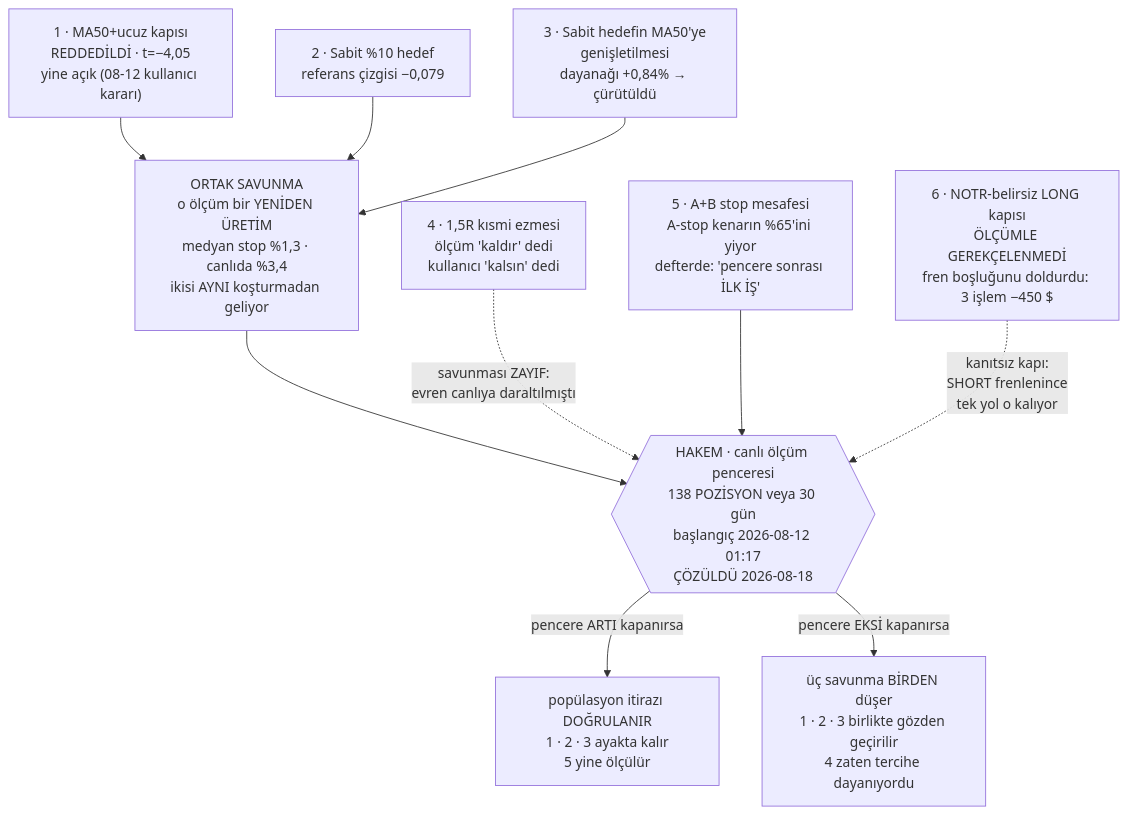
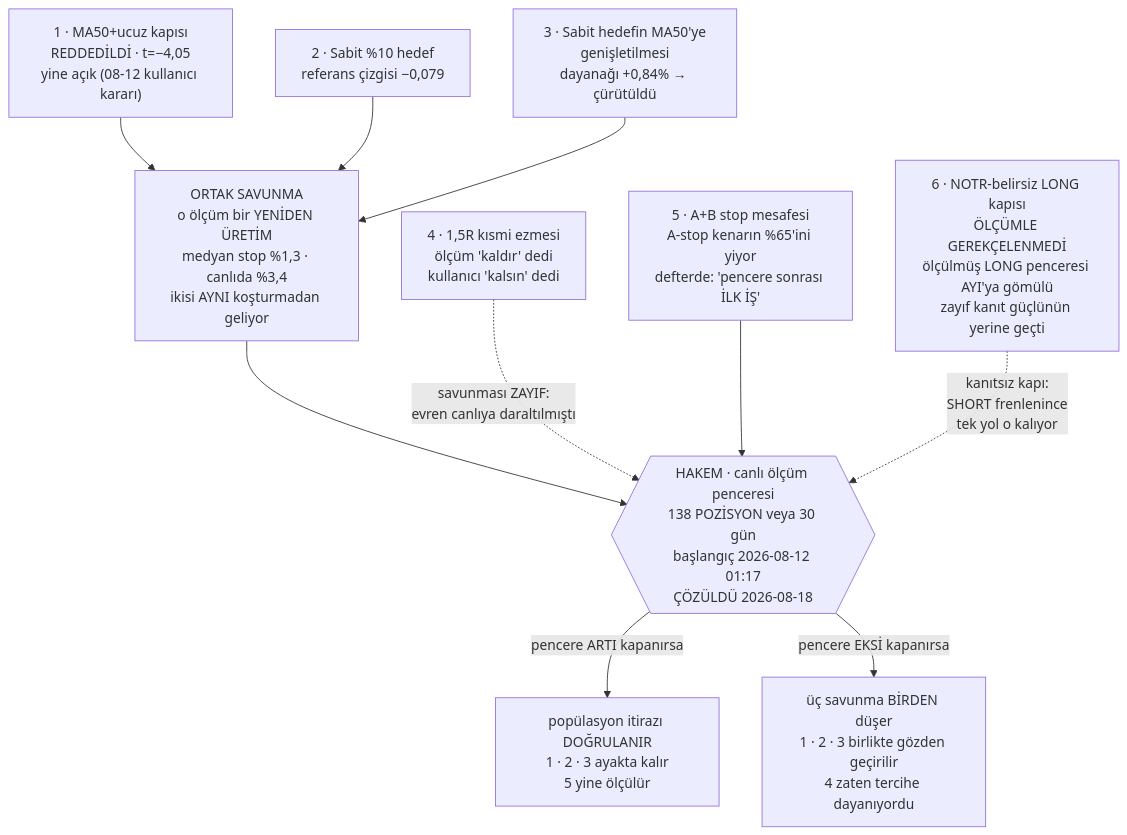
Before and after one commit to irisphotofethiye-bocici/kripto-trade: the diagram in durum.md, drawn with Mermaid. The commit also changed other lines of this file and 1 other file, not shown here.

First line of the commit message:
btc_pay olcumunun LONG bacagi NOTR'da erisilemiyor — asimetri kanit standardinda

````diff
--- a/durum.md
+++ b/durum.md
@@ -118,22 +118,22 @@
 ```mermaid
 flowchart TD
     A["1 · MA50+ucuz kapısı<br/>REDDEDİLDİ · t=−4,05<br/>yine açık (08-12 kullanıcı kararı)"]
     B["2 · Sabit %10 hedef<br/>referans çizgisi −0,079"]
     C["3 · Sabit hedefin MA50'ye<br/>genişletilmesi<br/>dayanağı +0,84% → çürütüldü"]
     S["ORTAK SAVUNMA<br/>o ölçüm bir YENİDEN ÜRETİM<br/>medyan stop %1,3 · canlıda %3,4<br/>ikisi AYNI koşturmadan geliyor"]
     D["4 · 1,5R kısmi ezmesi<br/>ölçüm 'kaldır' dedi<br/>kullanıcı 'kalsın' dedi"]
     E["5 · A+B stop mesafesi<br/>A-stop kenarın %65'ini yiyor<br/>defterde: 'pencere sonrası İLK İŞ'"]
-    F["6 · NOTR-belirsiz LONG kapısı<br/>ÖLÇÜMLE GEREKÇELENMEDİ<br/>fren boşluğunu doldurdu: 3 işlem −450 $"]
+    F["6 · NOTR-belirsiz LONG kapısı<br/>ÖLÇÜMLE GEREKÇELENMEDİ<br/>ölçülmüş LONG penceresi AYI'ya gömülü<br/>zayıf kanıt güçlünün yerine geçti"]
     W{{"HAKEM · canlı ölçüm penceresi<br/>138 POZİSYON veya 30 gün<br/>başlangıç 2026-08-12 01:17<br/>ÇÖZÜLDÜ 2026-08-18"}}
     P["popülasyon itirazı DOĞRULANIR<br/>1 · 2 · 3 ayakta kalır<br/>5 yine ölçülür"]
     M["üç savunma BİRDEN düşer<br/>1 · 2 · 3 birlikte gözden geçirilir<br/>4 zaten tercihe dayanıyordu"]
     A --> S
     B --> S
     C --> S
     S --> W
     D -. "savunması ZAYIF:<br/>evren canlıya daraltılmıştı" .-> W
     E --> W
     F -. "kanıtsız kapı:<br/>SHORT frenlenince<br/>tek yol o kalıyor" .-> W
     W -- "pencere ARTI kapanırsa" --> P
     W -- "pencere EKSİ kapanırsa" --> M
 ```
````
